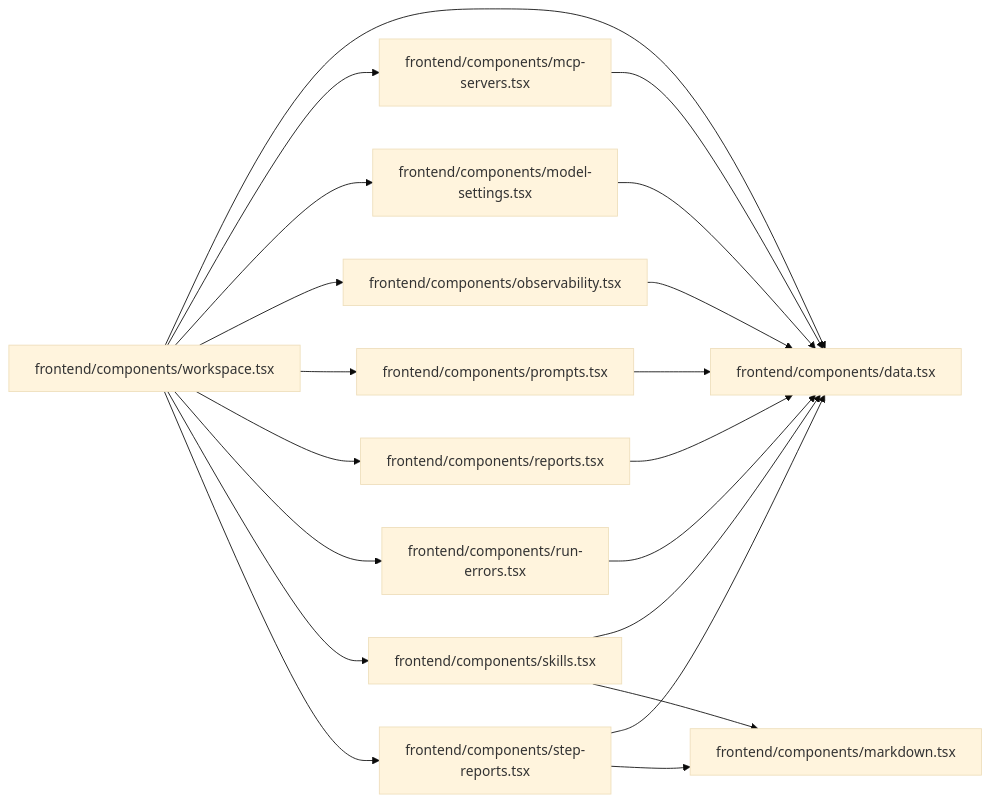
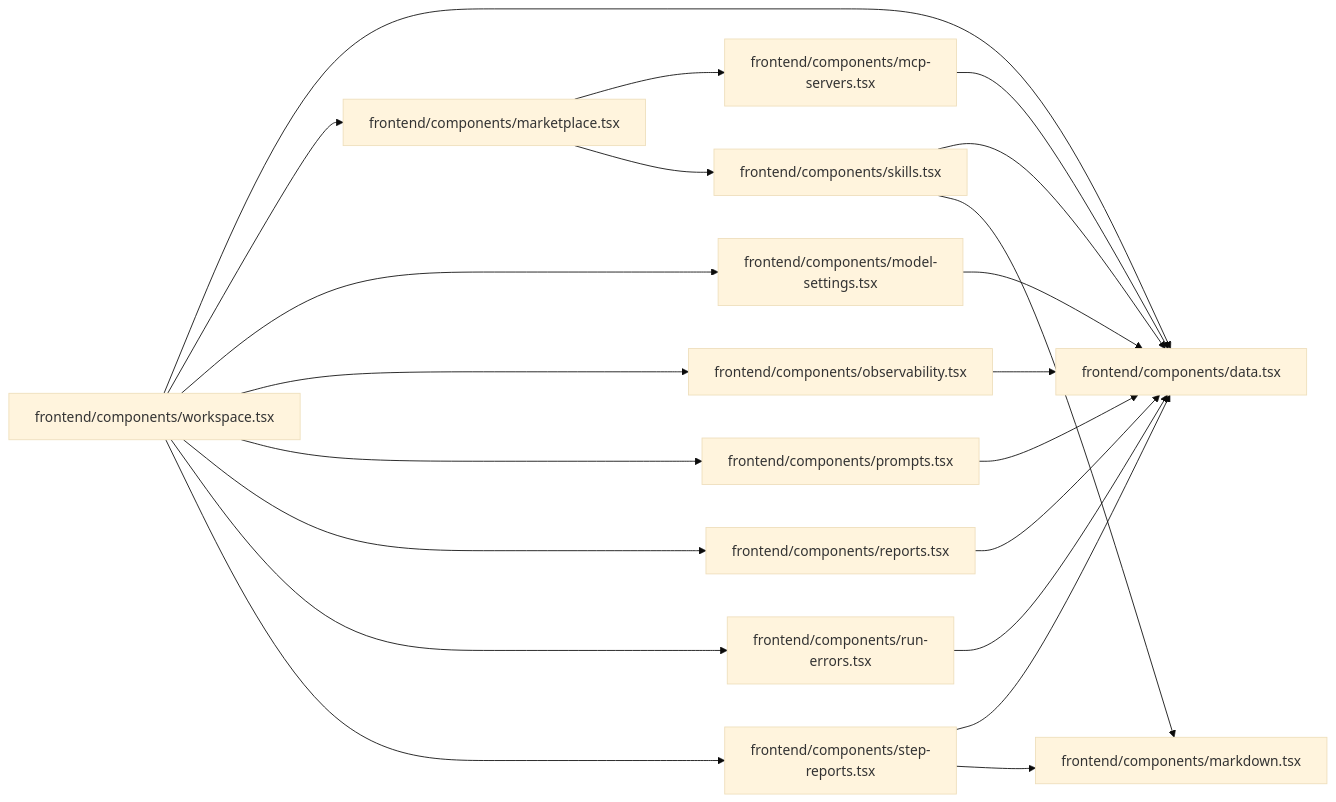
Before and after one commit to sarveshtalele/maf-harness-testing: the eighth of 21 diagrams in docs/ARCHITECTURE_MAP.md, drawn with Mermaid (base theme). The commit also changed other lines of this file, not shown here.

Commit message:
docs: regenerate architecture map for the mcp_servers preset/catalog import

````diff
--- a/docs/ARCHITECTURE_MAP.md
+++ b/docs/ARCHITECTURE_MAP.md
@@ -286,33 +286,35 @@
 ```mermaid
 flowchart LR
   f0["frontend/components/data.tsx"]
   f1["frontend/components/markdown.tsx"]
-  f2["frontend/components/mcp-servers.tsx"]
-  f3["frontend/components/model-settings.tsx"]
-  f4["frontend/components/observability.tsx"]
-  f5["frontend/components/prompts.tsx"]
-  f6["frontend/components/reports.tsx"]
-  f7["frontend/components/run-errors.tsx"]
-  f8["frontend/components/skills.tsx"]
-  f9["frontend/components/step-reports.tsx"]
-  f10["frontend/components/workspace.tsx"]
-  f2 --> f0
+  f2["frontend/components/marketplace.tsx"]
+  f3["frontend/components/mcp-servers.tsx"]
+  f4["frontend/components/model-settings.tsx"]
+  f5["frontend/components/observability.tsx"]
+  f6["frontend/components/prompts.tsx"]
+  f7["frontend/components/reports.tsx"]
+  f8["frontend/components/run-errors.tsx"]
+  f9["frontend/components/skills.tsx"]
+  f10["frontend/components/step-reports.tsx"]
+  f11["frontend/components/workspace.tsx"]
+  f2 --> f3
+  f2 --> f9
   f3 --> f0
   f4 --> f0
   f5 --> f0
   f6 --> f0
   f7 --> f0
   f8 --> f0
-  f8 --> f1
   f9 --> f0
   f9 --> f1
   f10 --> f0
-  f10 --> f2
-  f10 --> f3
-  f10 --> f4
-  f10 --> f5
-  f10 --> f6
-  f10 --> f7
-  f10 --> f8
-  f10 --> f9
+  f10 --> f1
+  f11 --> f0
+  f11 --> f2
+  f11 --> f4
+  f11 --> f5
+  f11 --> f6
+  f11 --> f7
+  f11 --> f8
+  f11 --> f10
 ```
````
